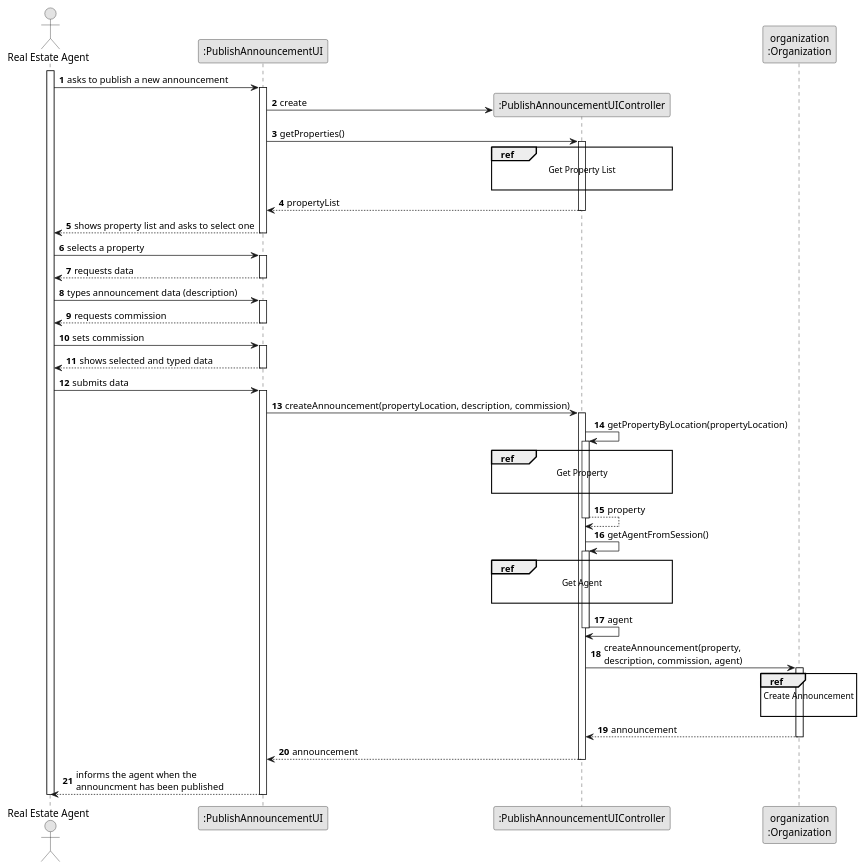
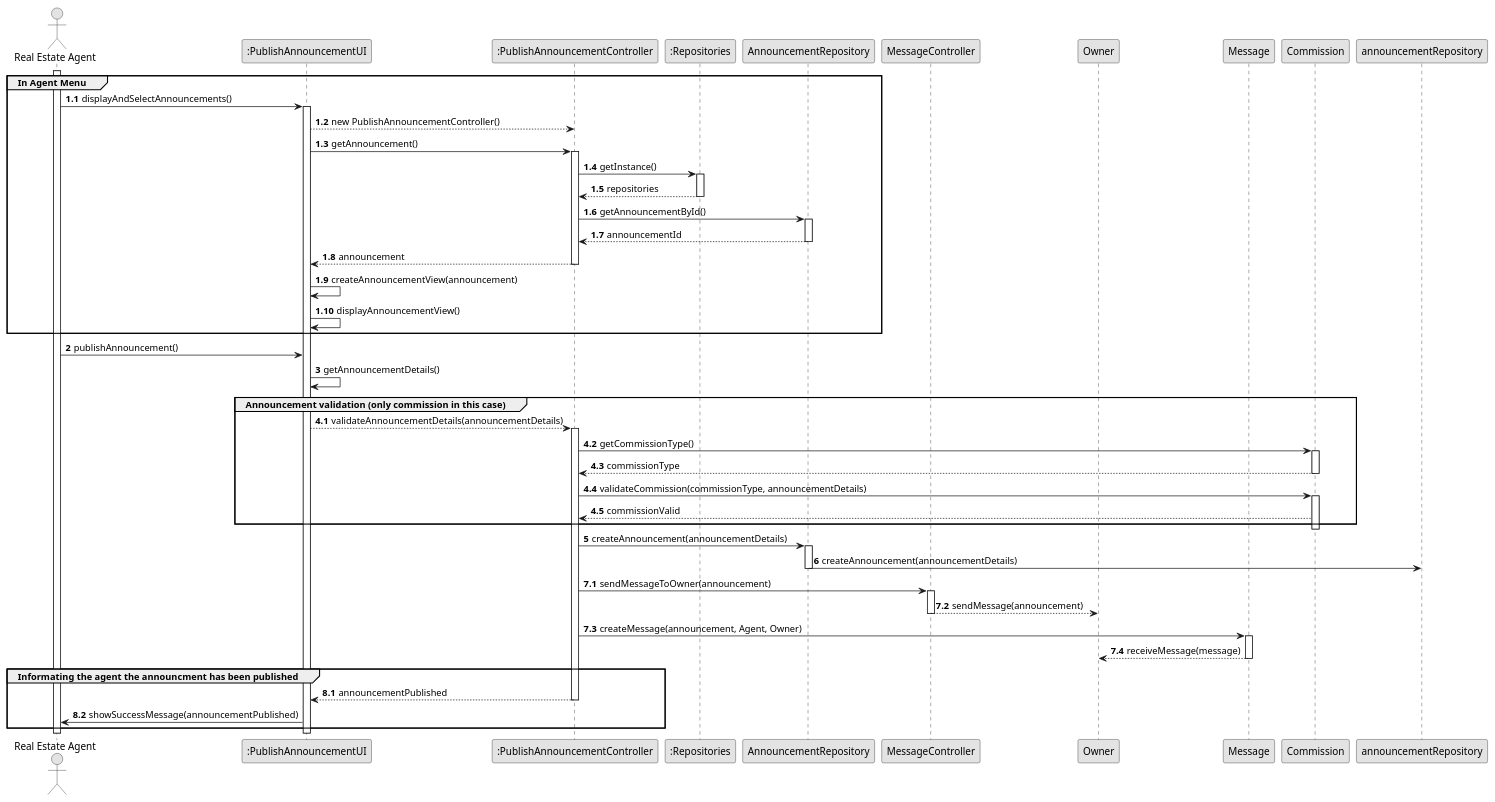
One commit to Rodrick0209/ISEP-LAPR2-22-23 changed the diagram in docs/Sprint-D/US002/03.design/puml/us002-sequence-diagram-split.puml. Above: the diagram before and after it, drawn with PlantUML. The commit also changed 38 other files, not shown here.

```diff
--- a/docs/Sprint-D/US002/03.design/puml/us002-sequence-diagram-split.puml
+++ b/docs/Sprint-D/US002/03.design/puml/us002-sequence-diagram-split.puml
@@ -1,98 +1,90 @@
 @startuml
 skinparam monochrome true
 skinparam packageStyle rectangle
 skinparam shadowing false
 
-autonumber
+actor "Real Estate Agent" as Agent
+participant ":PublishAnnouncementUI" as UI
+participant ":PublishAnnouncementController" as CTRL
+participant ":Repositories" as Repositories
+participant "AnnouncementRepository" as AnnouncementRepository
+participant "MessageController" as MessageController
+participant "Owner" as Owner
+participant "Message" as Message
+participant "Commission" as Commission
+autonumber 1
 
-'hide footbox
-actor "Real Estate Agent" as ADM
-participant ":PublishAnnouncementUI" as UI
-participant ":PublishAnnouncementUIController" as CTRL
-participant "organization\n:Organization" as ORG
+activate Agent
+autonumber 1.1
+group In Agent Menu
+Agent -> UI : displayAndSelectAnnouncements()
+activate UI
+UI --> CTRL : new PublishAnnouncementController()
+UI -> CTRL : getAnnouncement()
+activate CTRL
+CTRL -> Repositories : getInstance()
+activate Repositories
+Repositories --> CTRL : repositories
+deactivate Repositories
+CTRL -> AnnouncementRepository : getAnnouncementById()
+activate AnnouncementRepository
+AnnouncementRepository --> CTRL : announcementId
+deactivate AnnouncementRepository
+CTRL --> UI : announcement
+deactivate CTRL
+UI -> UI : createAnnouncementView(announcement)
+UI -> UI : displayAnnouncementView()
 
-activate ADM
+end
+autonumber 2
 
-    ADM -> UI : asks to publish a new announcement
+Agent -> UI : publishAnnouncement()
+UI -> UI : getAnnouncementDetails()
 
-    activate UI
+group Announcement validation (only commission in this case)
+autonumber 4
+autonumber 4.1
+UI --> CTRL : validateAnnouncementDetails(announcementDetails)
+activate CTRL
+CTRL -> Commission : getCommissionType()
+activate Commission
+Commission --> CTRL : commissionType
+deactivate Commission
+CTRL -> Commission : validateCommission(commissionType, announcementDetails)
+activate Commission
+Commission --> CTRL : commissionValid
+autonumber 5
+end
+deactivate Commission
 
-        UI -> CTRL** : create
-        UI -> CTRL : getProperties()
-        ref over CTRL
-            Get Property List
+CTRL -> AnnouncementRepository : createAnnouncement(announcementDetails)
+activate AnnouncementRepository
+AnnouncementRepository -> announcementRepository : createAnnouncement(announcementDetails)
+deactivate AnnouncementRepository
 
-        end ref
 
-        activate CTRL
 
-            CTRL --> UI : propertyList
-        deactivate CTRL
+autonumber 7
+autonumber 7.1
+CTRL -> MessageController : sendMessageToOwner(announcement)
+activate MessageController
+MessageController --> Owner : sendMessage(announcement)
+deactivate MessageController
+CTRL -> Message : createMessage(announcement, Agent, Owner)
+activate Message
+Message --> Owner : receiveMessage(message)
+autonumber 8
 
-        UI --> ADM : shows property list and asks to select one
-    deactivate UI
 
-    ADM -> UI : selects a property
-    activate UI
-
-        UI --> ADM : requests data
-    deactivate UI
-
-    ADM -> UI : types announcement data (description)
-    activate UI
-
-        UI --> ADM : requests commission
-    deactivate UI
-
-    ADM -> UI : sets commission
-    activate UI
-
-        UI ---> ADM : shows selected and typed data
-        deactivate UI
-
-    ADM -> UI : submits data
-    activate UI
-
-        UI -> CTRL : createAnnouncement(propertyLocation, description, commission)
-        activate CTRL
-
-            CTRL -> CTRL : getPropertyByLocation(propertyLocation)
-            activate CTRL
-
-                ref over CTRL
-                    Get Property
-
-                end ref
-
-                CTRL --> CTRL : property
-            deactivate CTRL
-
-            CTRL -> CTRL : getAgentFromSession()
-            activate CTRL
-
-                ref over CTRL
-                    Get Agent
-
-                end ref
-                CTRL -> CTRL : agent
-            deactivate CTRL
-
-            CTRL -> ORG: createAnnouncement(property, \ndescription, commission, agent)
-            activate ORG
-
-                ref over ORG
-                    Create Announcement
-
-                end
-
-                ORG --> CTRL : announcement
-            deactivate ORG
-
-            CTRL --> UI: announcement
-            deactivate CTRL
-            UI --> ADM: informs the agent when the \nannouncment has been published
-    deactivate UI
-
-deactivate ADM
-
+deactivate Message
+autonumber 8
+autonumber 8.1
+group Informating the agent the announcment has been published
+CTRL --> UI : announcementPublished
+deactivate CTRL
+UI -> Agent : showSuccessMessage(announcementPublished)
+autonumber 9
+end
+deactivate UI
+deactivate Agent
 @enduml
```
